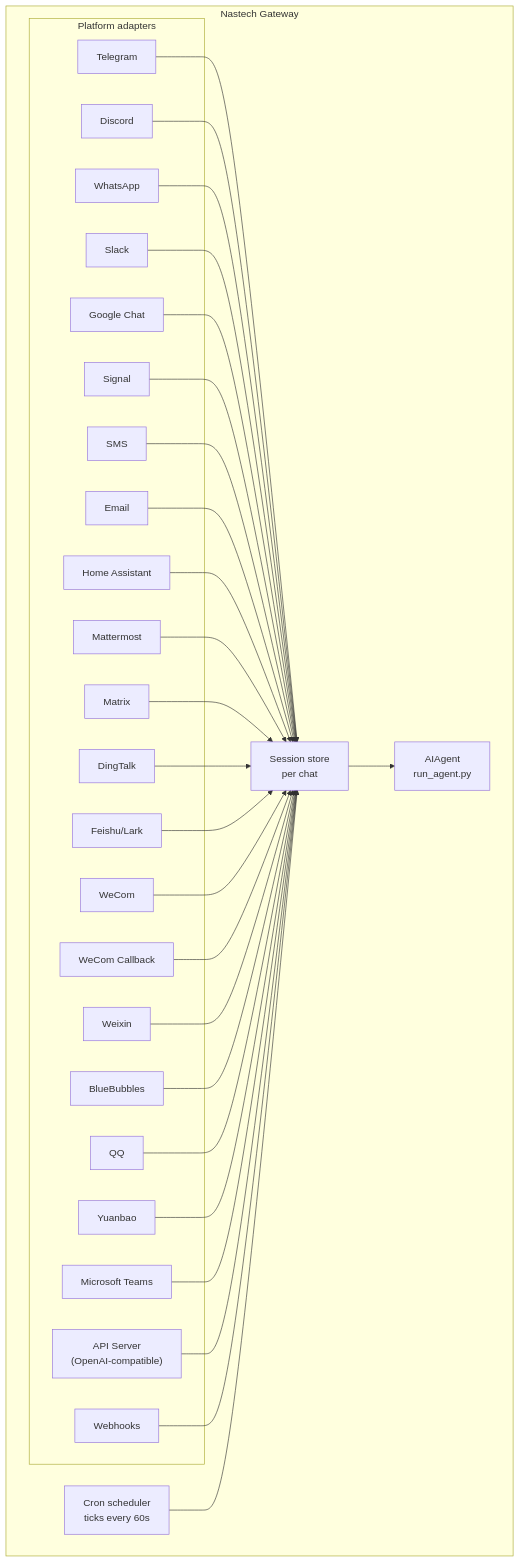
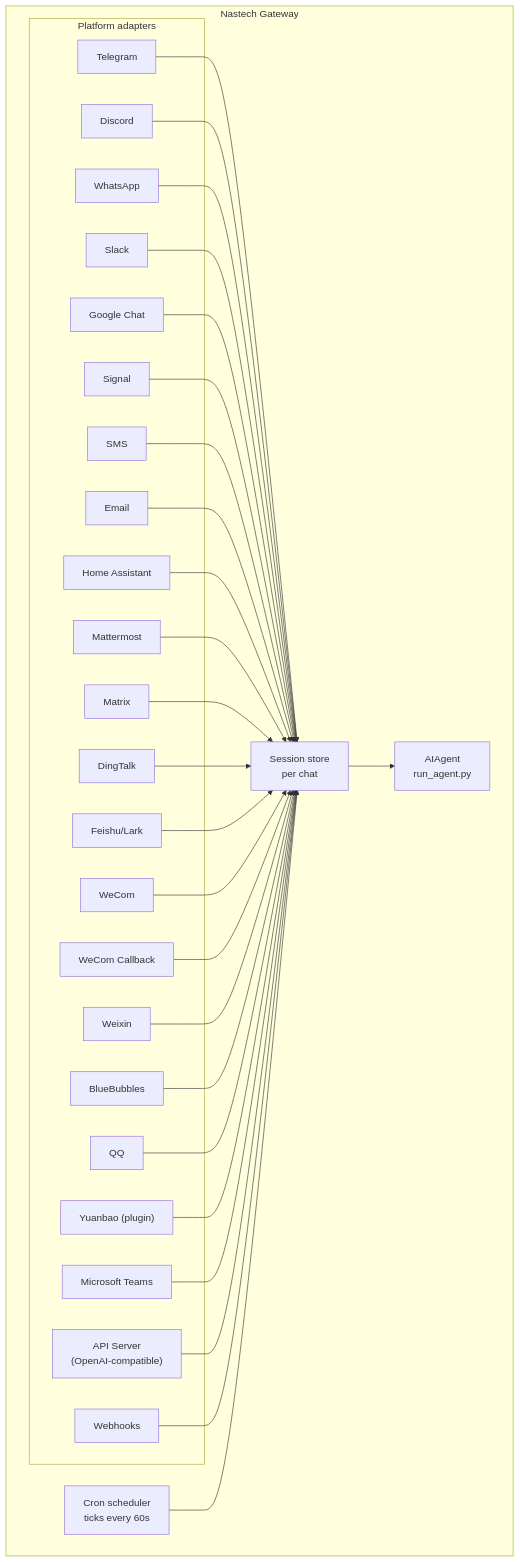
The diagram in website/docs/user-guide/messaging/index.md (nastechresearch/nastech-agent), drawn with Mermaid before and after one commit. The commit also changed other lines of this file and 2455 other files, not shown here.

````diff
--- a/website/docs/user-guide/messaging/index.md
+++ b/website/docs/user-guide/messaging/index.md
@@ -72,58 +72,58 @@
 ```mermaid
 flowchart TB
     subgraph Gateway["Nastech Gateway"]
         subgraph Adapters["Platform adapters"]
             tg[Telegram]
             dc[Discord]
             wa[WhatsApp]
             sl[Slack]
             gc[Google Chat]
             sig[Signal]
             sms[SMS]
             em[Email]
             ha[Home Assistant]
             mm[Mattermost]
             mx[Matrix]
             dt[DingTalk]
     fs[Feishu/Lark]
     wc[WeCom]
     wcb[WeCom Callback]
     wx[Weixin]
     bb[BlueBubbles]
     qq[QQ]
-    yb[Yuanbao]
+    yb["Yuanbao (plugin)"]
     ms[Microsoft Teams]
     api["API Server<br/>(OpenAI-compatible)"]
     wh[Webhooks]
         end
 
         store["Session store<br/>per chat"]
         agent["AIAgent<br/>run_agent.py"]
         cron["Cron scheduler<br/>ticks every 60s"]
     end
 
     tg --> store
     dc --> store
     wa --> store
     sl --> store
     gc --> store
     sig --> store
     sms --> store
     em --> store
     ha --> store
     mm --> store
     mx --> store
     dt --> store
     fs --> store
     wc --> store
     wcb --> store
     wx --> store
     bb --> store
     qq --> store
     yb --> store
     ms --> store
     api --> store
     wh --> store
     store --> agent
     cron --> store
 ```
````
